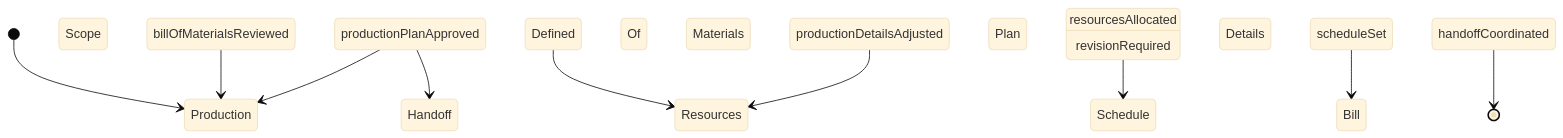
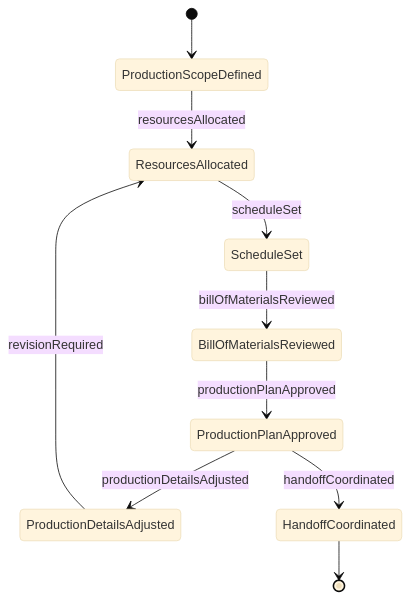
One commit to dot-org-ai/tasks.org.ai changed the second of 4 diagrams in CommunicatingWithSupervisorsPeersOrSubordinates/CommunicateWithOthersAboutSpecificationsOrProjectDetails/CollaborateOthersDetermineProductionDetails.mdx. Above: the diagram before and after it, drawn with Mermaid (base theme). The commit also changed 515 other files, not shown here.

````diff
--- a/CommunicatingWithSupervisorsPeersOrSubordinates/CommunicateWithOthersAboutSpecificationsOrProjectDetails/CollaborateOthersDetermineProductionDetails.mdx
+++ b/CommunicatingWithSupervisorsPeersOrSubordinates/CommunicateWithOthersAboutSpecificationsOrProjectDetails/CollaborateOthersDetermineProductionDetails.mdx
@@ -97,12 +97,12 @@
 ```mermaid
 stateDiagram-v2
-    [*] --> Production Scope Defined
-    Production Scope Defined --> Resources Allocated : resourcesAllocated
-    Resources Allocated --> Schedule Set : scheduleSet
-    Schedule Set --> Bill Of Materials Reviewed : billOfMaterialsReviewed
-    Bill Of Materials Reviewed --> Production Plan Approved : productionPlanApproved
-    Production Plan Approved --> Production Details Adjusted : productionDetailsAdjusted
-    Production Details Adjusted --> Resources Allocated : revisionRequired
-    Production Plan Approved --> Handoff Coordinated : handoffCoordinated
-    Handoff Coordinated --> [*]
+    [*] --> ProductionScopeDefined
+    ProductionScopeDefined --> ResourcesAllocated : resourcesAllocated
+    ResourcesAllocated --> ScheduleSet : scheduleSet
+    ScheduleSet --> BillOfMaterialsReviewed : billOfMaterialsReviewed
+    BillOfMaterialsReviewed --> ProductionPlanApproved : productionPlanApproved
+    ProductionPlanApproved --> ProductionDetailsAdjusted : productionDetailsAdjusted
+    ProductionDetailsAdjusted --> ResourcesAllocated : revisionRequired
+    ProductionPlanApproved --> HandoffCoordinated : handoffCoordinated
+    HandoffCoordinated --> [*]
 ```
````
